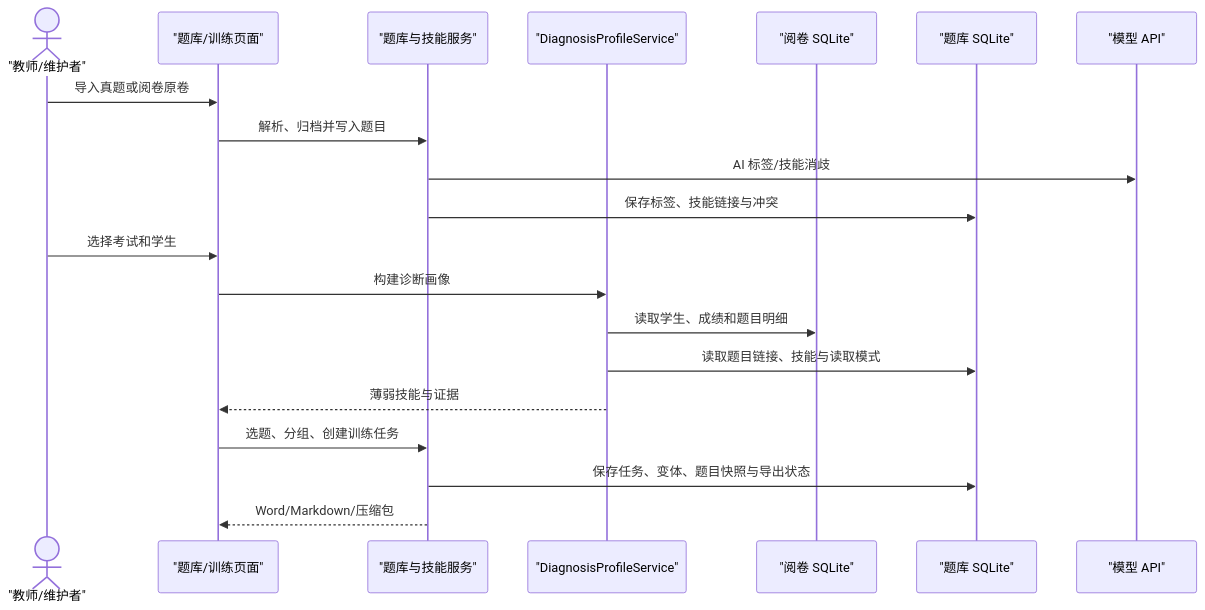
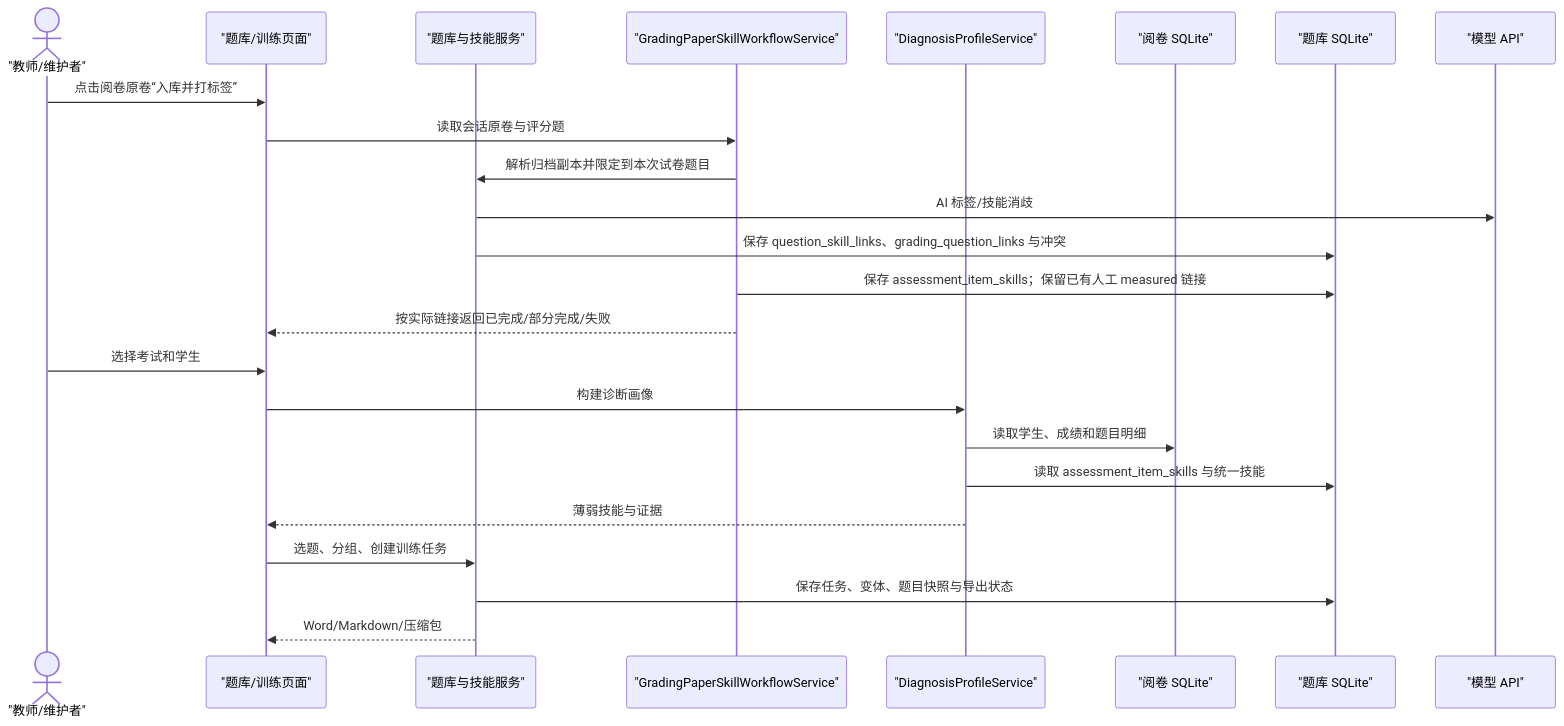
One commit to Hineni412/ai-grading-system-workstation changed the fourth of 5 diagrams in ARCHITECTURE.md. Above: the diagram before and after it, drawn with Mermaid. The commit also changed other lines of this file and 1 other file, not shown here.

Commit message:
docs: document grading paper skill workflow

````diff
--- a/ARCHITECTURE.md
+++ b/ARCHITECTURE.md
@@ -256,23 +275,27 @@
 ```mermaid
 sequenceDiagram
     actor U as "教师/维护者"
     participant UI as "题库/训练页面"
     participant QS as "题库与技能服务"
+    participant WF as "GradingPaperSkillWorkflowService"
     participant DP as "DiagnosisProfileService"
     participant GP as "阅卷 SQLite"
     participant QB as "题库 SQLite"
     participant AI as "模型 API"
 
-    U->>UI: 导入真题或阅卷原卷
-    UI->>QS: 解析、归档并写入题目
+    U->>UI: 点击阅卷原卷“入库并打标签”
+    UI->>WF: 读取会话原卷与评分题
+    WF->>QS: 解析归档副本并限定到本次试卷题目
     QS->>AI: AI 标签/技能消歧
-    QS->>QB: 保存标签、技能链接与冲突
+    QS->>QB: 保存 question_skill_links、grading_question_links 与冲突
+    WF->>QB: 保存 assessment_item_skills；保留已有人工 measured 链接
+    WF-->>UI: 按实际链接返回已完成/部分完成/失败
     U->>UI: 选择考试和学生
     UI->>DP: 构建诊断画像
     DP->>GP: 读取学生、成绩和题目明细
-    DP->>QB: 读取题目链接、技能与读取模式
+    DP->>QB: 读取 assessment_item_skills 与统一技能
     DP-->>UI: 薄弱技能与证据
     UI->>QS: 选题、分组、创建训练任务
     QS->>QB: 保存任务、变体、题目快照与导出状态
     QS-->>UI: Word/Markdown/压缩包
 ```
````
